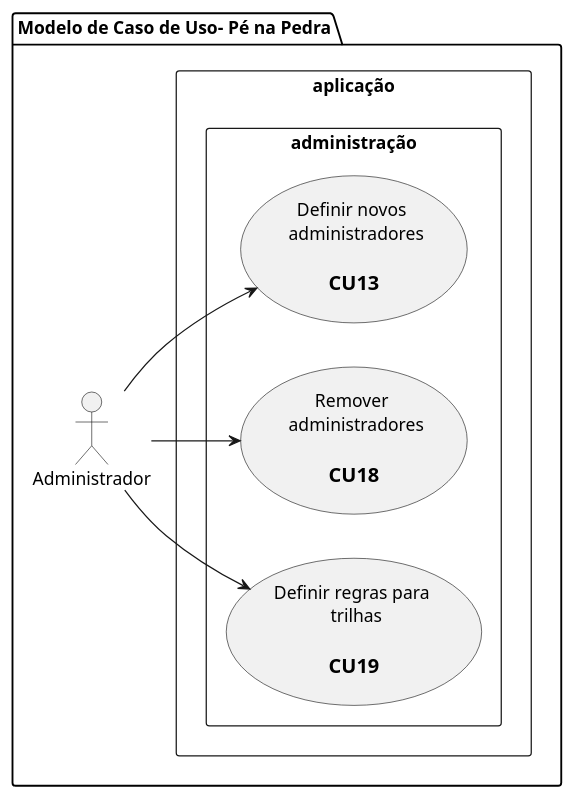
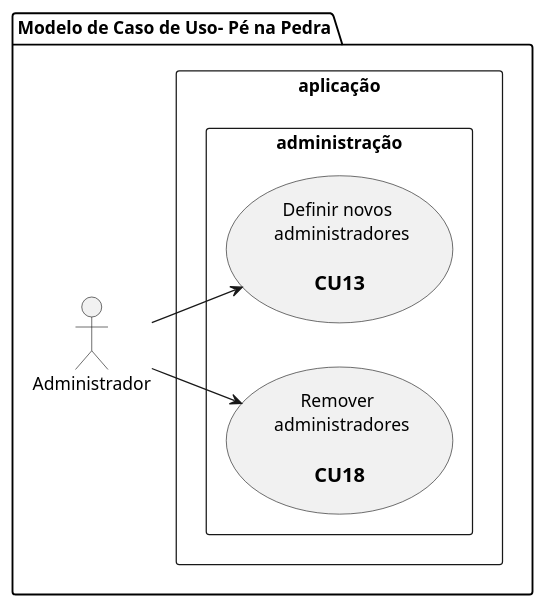
Before and after one commit to tiagors09/pe_na_pedra: the diagram in docs/diagrams/src/pe_na_pedra_usecase_4.plantuml, drawn with PlantUML.

Commit message:
feat: :fire: Remove cu19

```diff
--- a/docs/diagrams/src/pe_na_pedra_usecase_4.plantuml
+++ b/docs/diagrams/src/pe_na_pedra_usecase_4.plantuml
@@ -1,22 +1,19 @@
 @startuml pe_na_pedra_usecase_4
   package "Modelo de Caso de Uso- Pé na Pedra" {
     left to right direction
     
     :Administrador: as adm
     
     rectangle aplicação {
       rectangle administração {
         usecase uc13 as "Definir novos \n administradores\n 
           == CU13"
         usecase uc18 as "Remover \n administradores\n 
           == CU18"
-        usecase uc19 as "Definir regras para \n trilhas\n 
-          == CU19"
       }
     } 
   }
 
   adm --> uc13
   adm --> uc18
-  adm --> uc19
 @enduml
```
